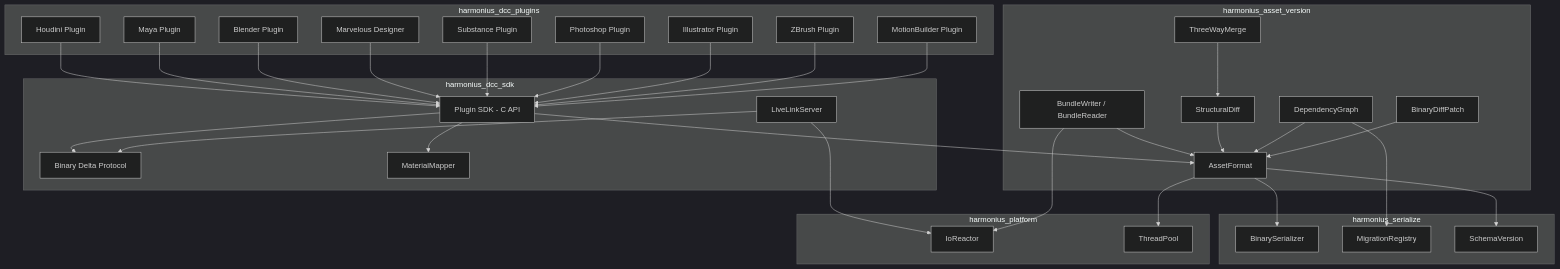
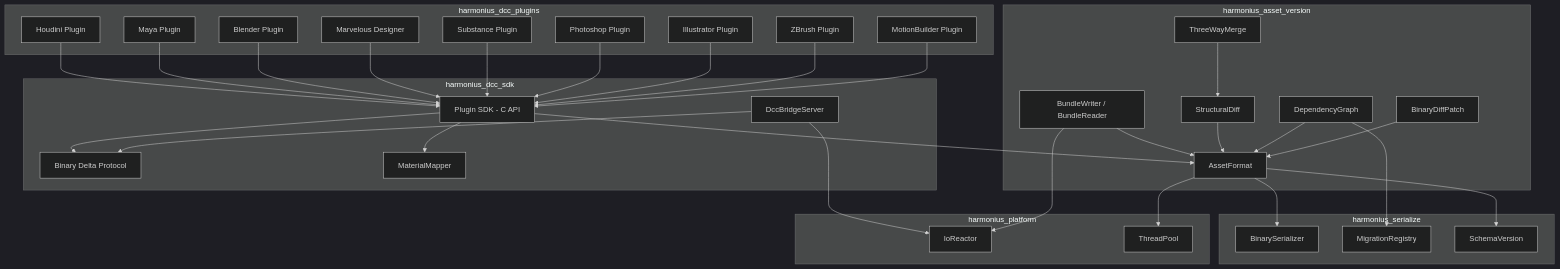
One commit to harmonius-dev/harmonius changed the first of 9 diagrams in docs/design/content-pipeline/dcc-versioning.md. Above: the diagram before and after it, drawn with Mermaid (dark theme). The commit also changed other lines of this file and 582 other files, not shown here.

````diff
--- a/docs/design/content-pipeline/dcc-versioning.md
+++ b/docs/design/content-pipeline/dcc-versioning.md
@@ -126,69 +126,69 @@
 ```mermaid
 graph TD
     subgraph harmonius_dcc_sdk
         SDK[Plugin SDK - C API]
-        LL[LiveLinkServer]
+        LL[DccBridgeServer]
         PROTO[Binary Delta Protocol]
         MATMAP[MaterialMapper]
     end
 
     subgraph harmonius_dcc_plugins
         HOU[Houdini Plugin]
         MAYA[Maya Plugin]
         BLEND[Blender Plugin]
         MD_P[Marvelous Designer]
         SUB[Substance Plugin]
         PS[Photoshop Plugin]
         AI_P[Illustrator Plugin]
         ZB[ZBrush Plugin]
         MB[MotionBuilder Plugin]
     end
 
     subgraph harmonius_asset_version
         AF[AssetFormat]
         BUNDLE[BundleWriter / BundleReader]
         SDIFF[StructuralDiff]
         MERGE[ThreeWayMerge]
         DEPGRAPH[DependencyGraph]
         PATCH[BinaryDiffPatch]
     end
 
     subgraph harmonius_serialize
         BIN[BinarySerializer]
         MIG[MigrationRegistry]
         SV[SchemaVersion]
     end
 
     subgraph harmonius_platform
         REACTOR[IoReactor]
         POOL[ThreadPool]
     end
 
     SDK --> AF
     SDK --> PROTO
     SDK --> MATMAP
     LL --> PROTO
     LL --> REACTOR
 
     HOU --> SDK
     MAYA --> SDK
     BLEND --> SDK
     MD_P --> SDK
     SUB --> SDK
     PS --> SDK
     AI_P --> SDK
     ZB --> SDK
     MB --> SDK
 
     AF --> BIN
     AF --> SV
     BUNDLE --> AF
     SDIFF --> AF
     MERGE --> SDIFF
     DEPGRAPH --> AF
     PATCH --> AF
 
     BUNDLE --> REACTOR
     DEPGRAPH --> MIG
     AF --> POOL
 ```
````
